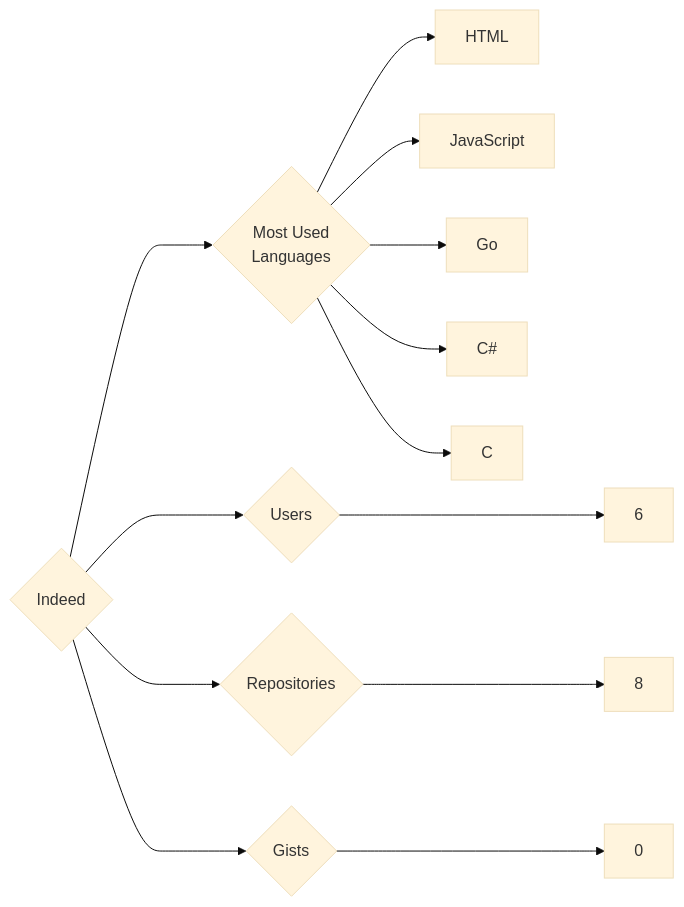
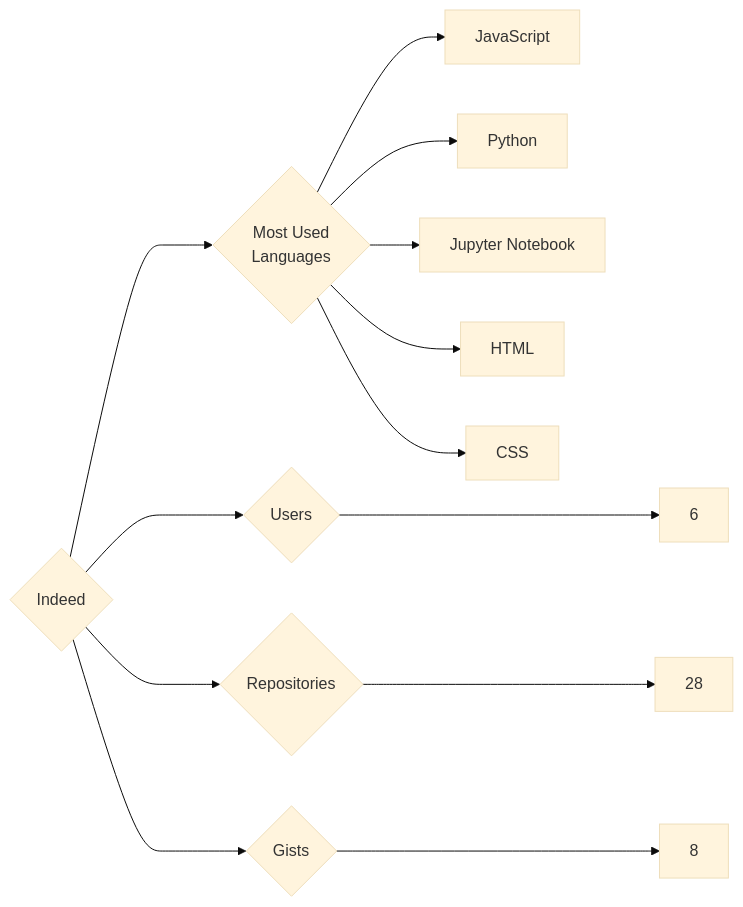
The diagram in targets/Indeed/README.md (trickest/insiders), drawn with Mermaid (base theme) before and after one commit. The commit also changed 924 other files, not shown here.

````diff
--- a/targets/Indeed/README.md
+++ b/targets/Indeed/README.md
@@ -3,13 +3,13 @@
 ```mermaid
 graph LR
 COMPANY_NAME{Indeed}
 COMPANY_NAME ---> U{Users} ---> UN[6]
-COMPANY_NAME ---> R{Repositories} ---> RN[8]
-COMPANY_NAME ---> G{Gists} ---> GN[0]
+COMPANY_NAME ---> R{Repositories} ---> RN[28]
+COMPANY_NAME ---> G{Gists} ---> GN[8]
 COMPANY_NAME ---> ML{Most Used<br>Languages}
+ML --> JavaScript[JavaScript]
+ML --> Python[Python]
+ML --> Jupyter_Notebook[Jupyter Notebook]
 ML --> HTML[HTML]
-ML --> JavaScript[JavaScript]
-ML --> Go[Go]
-ML --> C#[C#]
-ML --> C[C]
+ML --> CSS[CSS]
 ```
````
